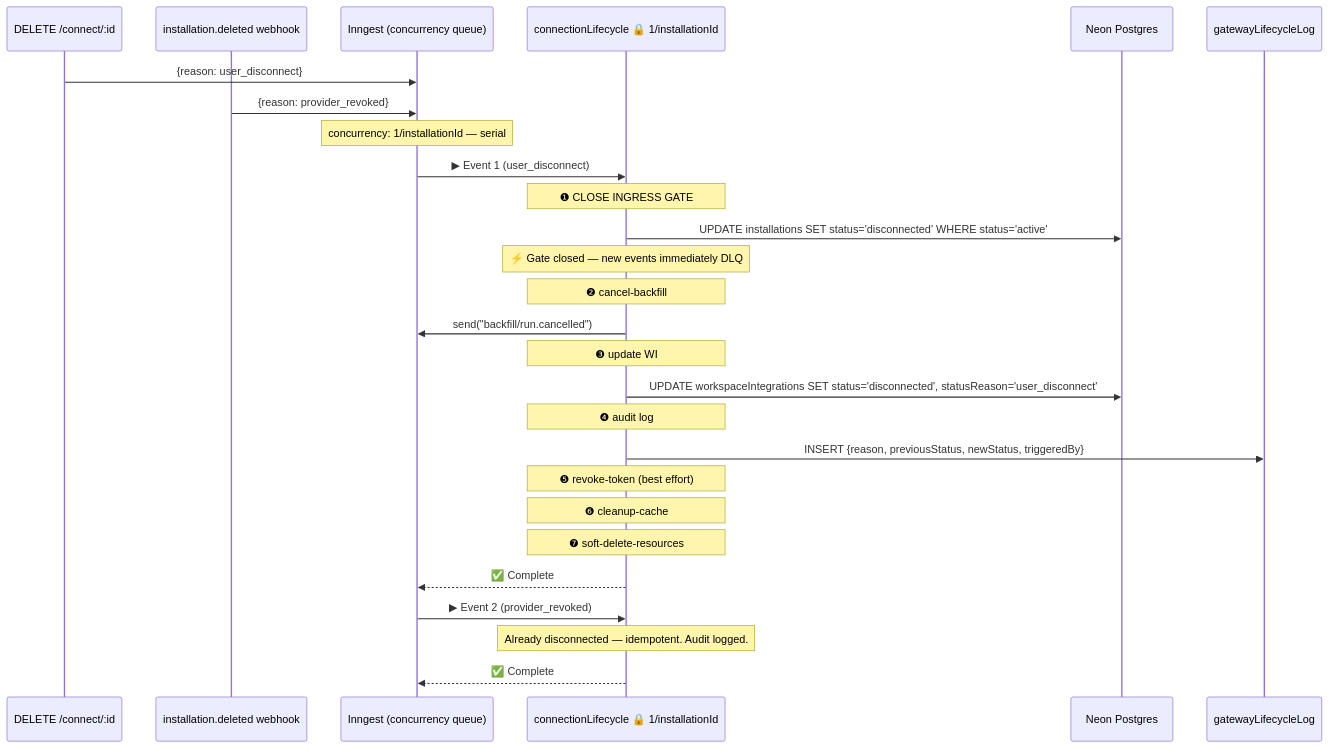
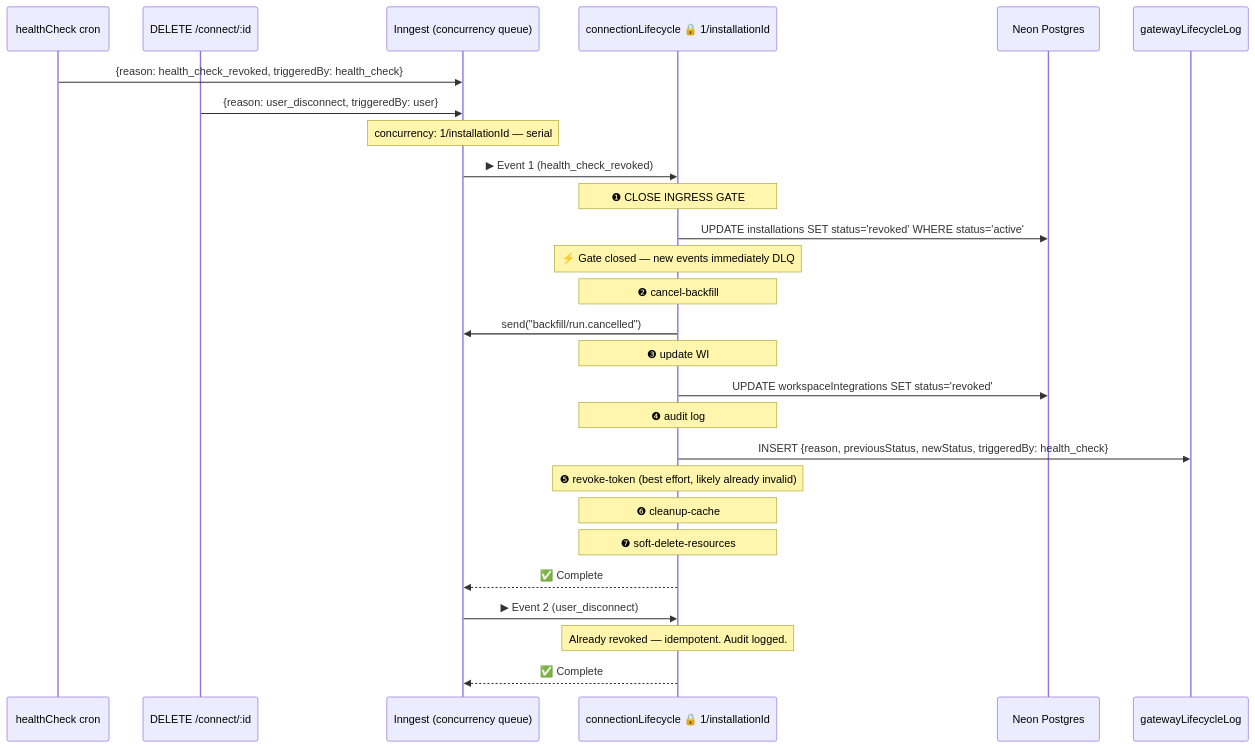
The fifth of 10 diagrams in thoughts/shared/plans/2026-03-18-platform-architecture-redesign.md (lightfastai/lightfast), drawn with Mermaid before and after one commit. The commit also changed other lines of this file, not shown here.

First line of the commit message:
docs(thoughts): align platform plan with provider architecture redesign

````diff
--- a/thoughts/shared/plans/2026-03-18-platform-architecture-redesign.md
+++ b/thoughts/shared/plans/2026-03-18-platform-architecture-redesign.md
@@ -288,39 +403,39 @@
 ```mermaid
 sequenceDiagram
-    participant T1 as DELETE /connect/:id
-    participant T2 as installation.deleted webhook
+    participant HC as healthCheck cron
+    participant USER as DELETE /connect/:id
     participant INN as Inngest (concurrency queue)
     participant FN as connectionLifecycle 🔒 1/installationId
     participant DB as Neon Postgres
     participant LOG as gatewayLifecycleLog
 
-    T1->>INN: {reason: user_disconnect}
-    T2->>INN: {reason: provider_revoked}
+    HC->>INN: {reason: health_check_revoked, triggeredBy: health_check}
+    USER->>INN: {reason: user_disconnect, triggeredBy: user}
 
     Note over INN: concurrency: 1/installationId — serial
 
-    INN->>FN: ▶ Event 1 (user_disconnect)
+    INN->>FN: ▶ Event 1 (health_check_revoked)
 
     Note over FN: ❶ CLOSE INGRESS GATE
-    FN->>DB: UPDATE installations SET status='disconnected' WHERE status='active'
+    FN->>DB: UPDATE installations SET status='revoked' WHERE status='active'
     Note over FN: ⚡ Gate closed — new events immediately DLQ
 
     Note over FN: ❷ cancel-backfill
     FN->>INN: send("backfill/run.cancelled")
 
     Note over FN: ❸ update WI
-    FN->>DB: UPDATE workspaceIntegrations SET status='disconnected', statusReason='user_disconnect'
+    FN->>DB: UPDATE workspaceIntegrations SET status='revoked'
 
     Note over FN: ❹ audit log
-    FN->>LOG: INSERT {reason, previousStatus, newStatus, triggeredBy}
+    FN->>LOG: INSERT {reason, previousStatus, newStatus, triggeredBy: health_check}
 
-    Note over FN: ❺ revoke-token (best effort)
+    Note over FN: ❺ revoke-token (best effort, likely already invalid)
     Note over FN: ❻ cleanup-cache
     Note over FN: ❼ soft-delete-resources
 
     FN-->>INN: ✅ Complete
 
-    INN->>FN: ▶ Event 2 (provider_revoked)
-    Note over FN: Already disconnected — idempotent. Audit logged.
+    INN->>FN: ▶ Event 2 (user_disconnect)
+    Note over FN: Already revoked — idempotent. Audit logged.
     FN-->>INN: ✅ Complete
 ```
````
